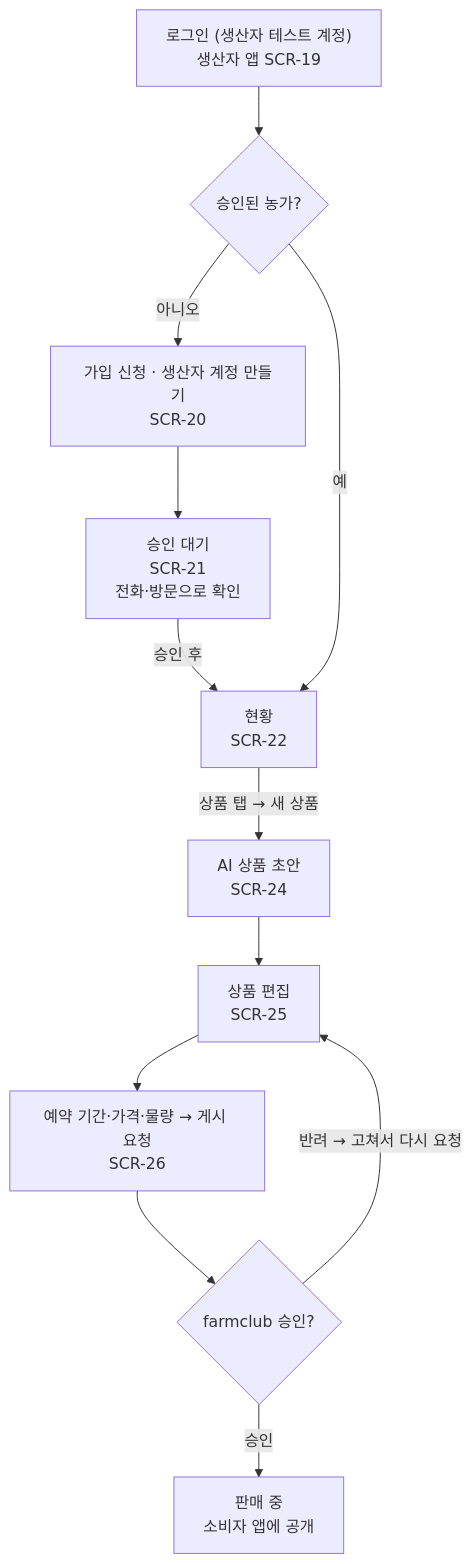
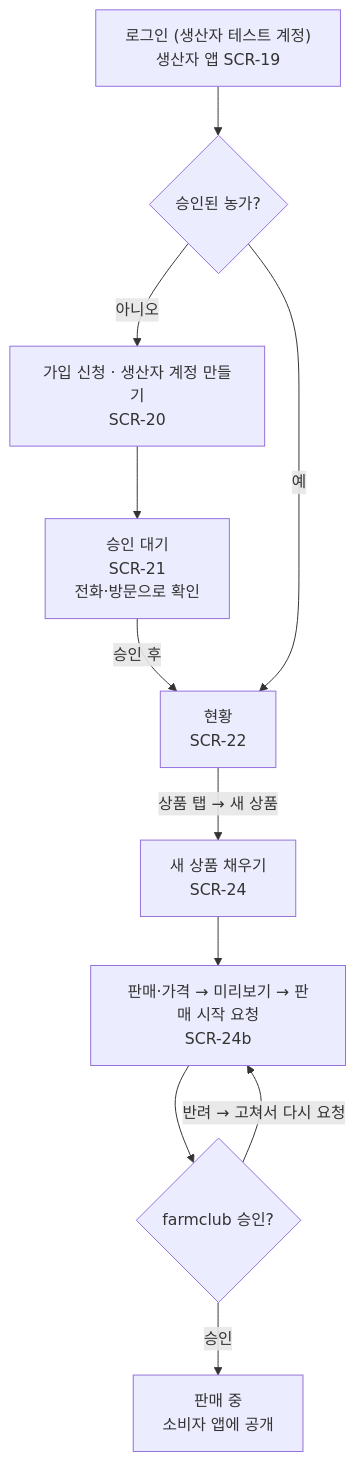
The third of 4 diagrams in docs/spec/ia.md (snuhcs-course/swpp-2026-project-team-06), drawn with Mermaid before and after one commit. The commit also changed other lines of this file and 23 other files, not shown here.

````diff
--- a/docs/spec/ia.md
+++ b/docs/spec/ia.md
@@ -249,11 +252,11 @@
 ```mermaid
 flowchart TD
   a["로그인 (생산자 테스트 계정)<br/>생산자 앱 SCR-19"] --> d1{"승인된 농가?"}
   d1 -- 아니오 --> b["가입 신청 · 생산자 계정 만들기<br/>SCR-20"] --> c["승인 대기<br/>SCR-21<br/>전화·방문으로 확인"]
   c -- 승인 후 --> h["현황<br/>SCR-22"]
   d1 -- 예 --> h
-  h -- 상품 탭 → 새 상품 --> dr["AI 상품 초안<br/>SCR-24"] --> ed["상품 편집<br/>SCR-25"] --> st["예약 기간·가격·물량 → 게시 요청<br/>SCR-26"]
-  st --> d2{"farmclub 승인?"}
-  d2 -- 반려 → 고쳐서 다시 요청 --> ed
+  h -- 상품 탭 → 새 상품 --> dr["새 상품 채우기<br/>SCR-24"] --> sl["판매·가격 → 미리보기 → 판매 시작 요청<br/>SCR-24b"]
+  sl --> d2{"farmclub 승인?"}
+  d2 -- 반려 → 고쳐서 다시 요청 --> sl
   d2 -- 승인 --> live["판매 중<br/>소비자 앱에 공개"]
 ```
````
